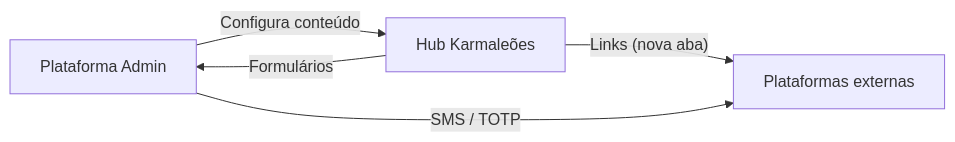
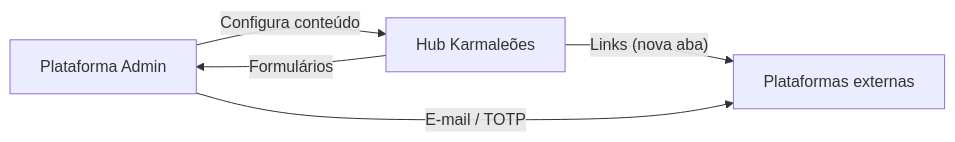
Before and after one commit to matheu5leone/karmaleoes-admin: the first of 2 diagrams in docs/superpowers/specs/2026-05-25-karmaleoes-admin-design.md, drawn with Mermaid. The commit also changed other lines of this file and 6 other files, not shown here.

First line of the commit message:
docs: recuperação de senha por e-mail (remove SMS); telefone opcional

````diff
--- a/docs/superpowers/specs/2026-05-25-karmaleoes-admin-design.md
+++ b/docs/superpowers/specs/2026-05-25-karmaleoes-admin-design.md
@@ -32,11 +32,11 @@
 ```mermaid
 flowchart LR
     Admin["Plataforma Admin"]
     Hub["Hub Karmaleões"]
     Ext["Plataformas externas"]
 
     Admin -->|"Configura conteúdo"| Hub
     Hub -->|"Formulários"| Admin
     Hub -->|"Links (nova aba)"| Ext
-    Admin -->|"SMS / TOTP"| Ext
+    Admin -->|"E-mail / TOTP"| Ext
 ```
````
